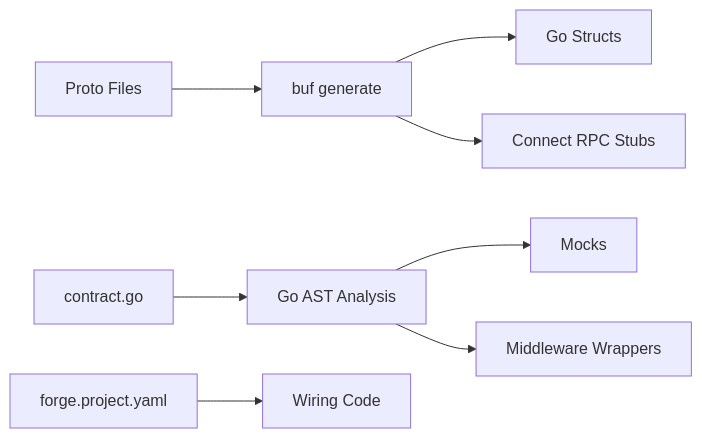
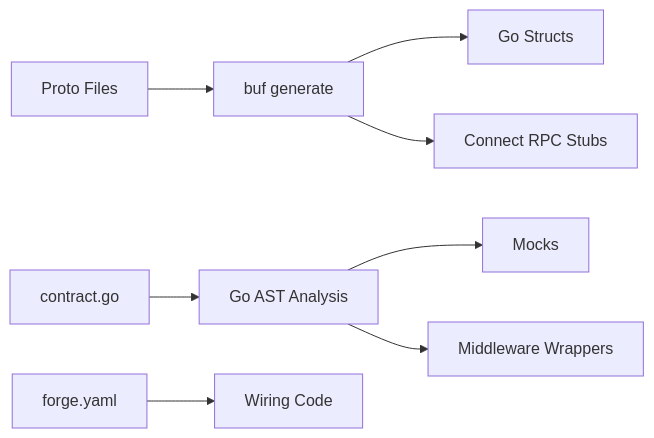
Before and after one commit to reliant-labs/forge: the diagram in docs/content/docs/architecture/code-generation.md, drawn with Mermaid. The commit also changed 82 other files, not shown here.

````diff
--- a/docs/content/docs/architecture/code-generation.md
+++ b/docs/content/docs/architecture/code-generation.md
@@ -13,10 +13,10 @@
 ```mermaid
 graph LR
     A[Proto Files] --> B[buf generate]
     B --> C[Go Structs]
     B --> D[Connect RPC Stubs]
     E[contract.go] --> F[Go AST Analysis]
     F --> G[Mocks]
     F --> H[Middleware Wrappers]
-    I[forge.project.yaml] --> J[Wiring Code]
+    I[forge.yaml] --> J[Wiring Code]
 ```
````
